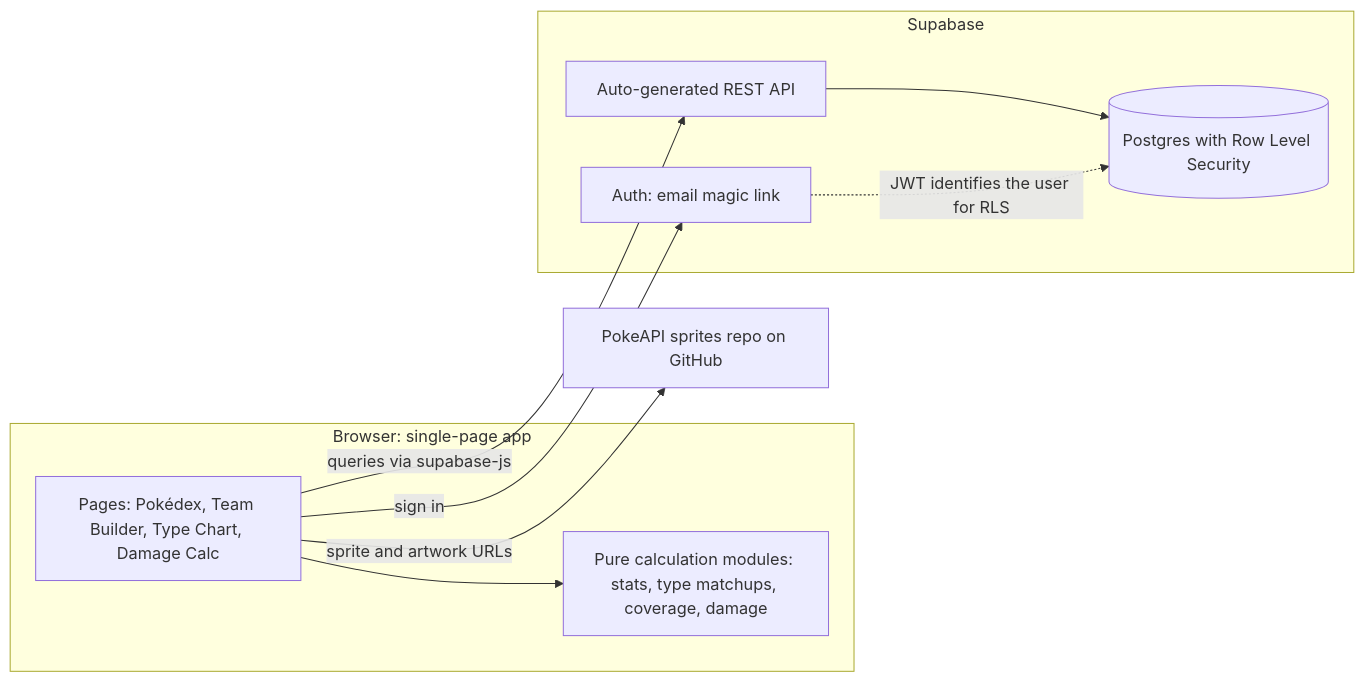
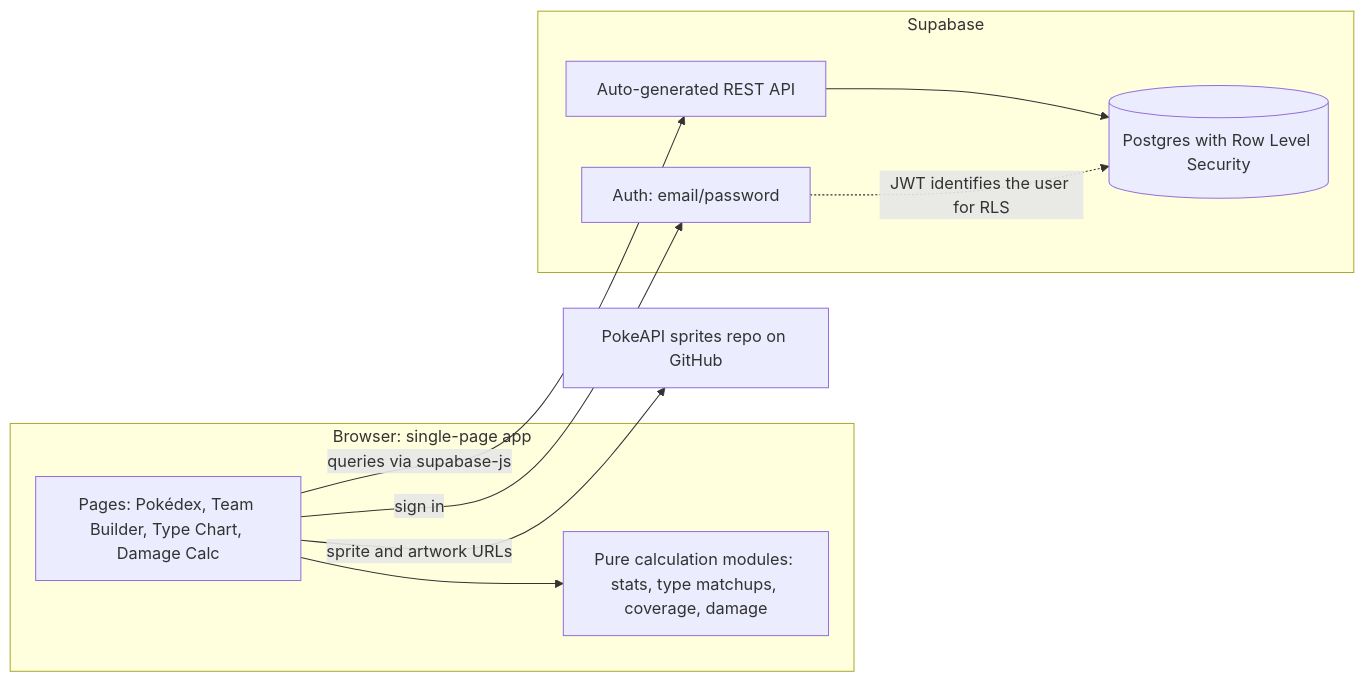
The first of 4 diagrams in README.md (ZonkeyZebra/pokedex-team-builder), drawn with Mermaid before and after one commit. The commit also changed other lines of this file and 14 other files, not shown here.

````diff
--- a/README.md
+++ b/README.md
@@ -58,22 +58,22 @@
 ```mermaid
 flowchart LR
     subgraph Client["Browser: single-page app"]
         UI["Pages: Pokédex, Team Builder, Type Chart, Damage Calc"]
         LOGIC["Pure calculation modules: stats, type matchups, coverage, damage"]
         UI --> LOGIC
     end
 
     subgraph Supabase["Supabase"]
-        AUTH["Auth: email magic link"]
+        AUTH["Auth: email/password"]
         API["Auto-generated REST API"]
         DB[("Postgres with Row Level Security")]
         API --> DB
         AUTH -. "JWT identifies the user for RLS" .-> DB
     end
 
     SPRITES["PokeAPI sprites repo on GitHub"]
 
     UI -- "sign in" --> AUTH
     UI -- "queries via supabase-js" --> API
     UI -- "sprite and artwork URLs" --> SPRITES
 ```
````
